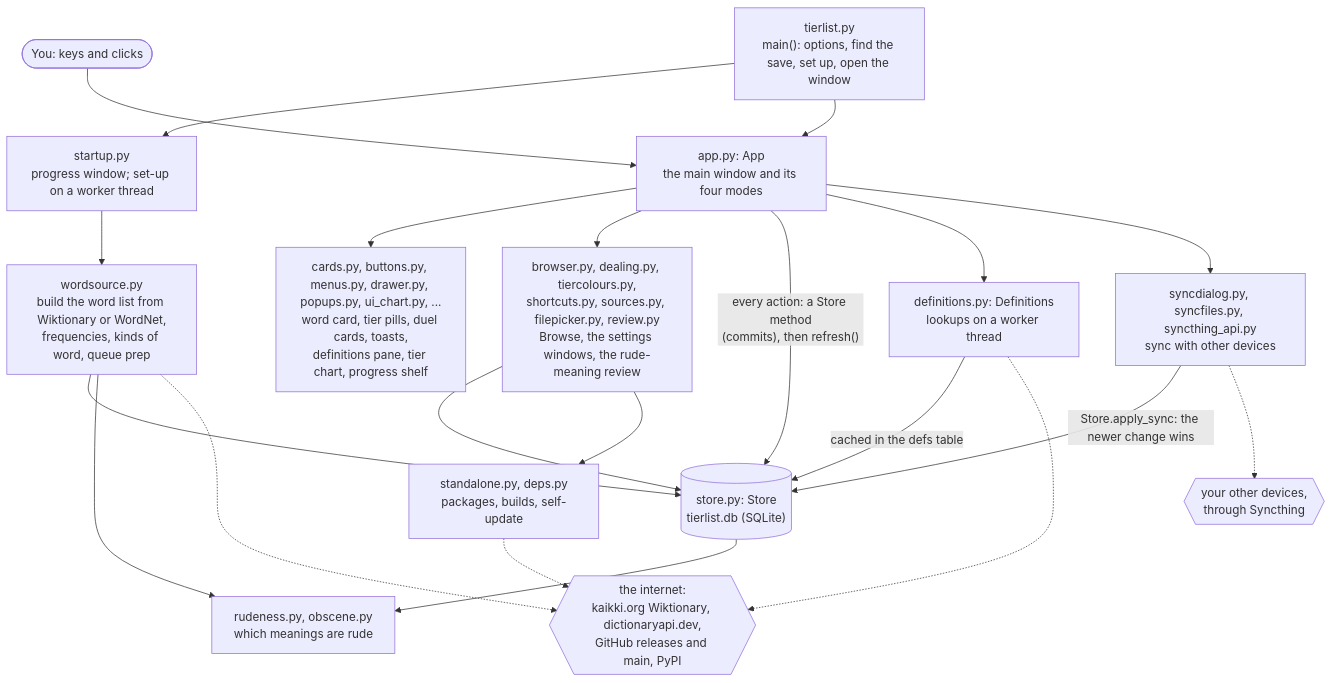
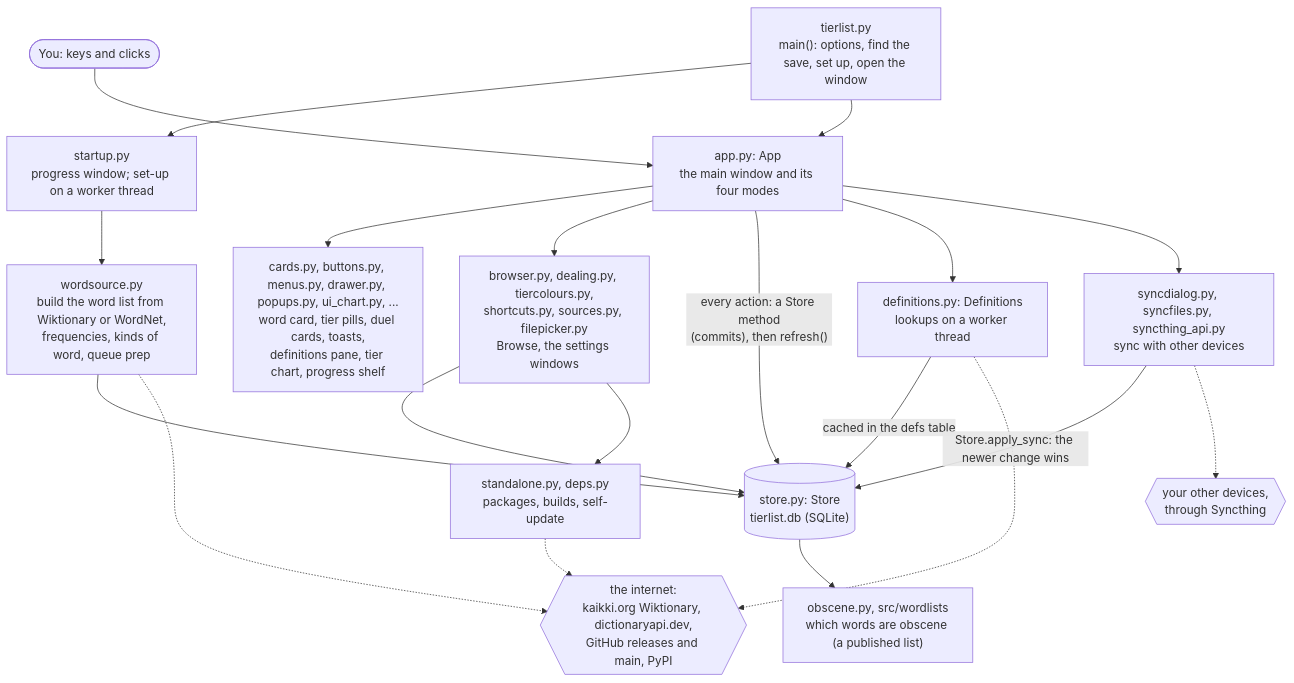
The first of 11 diagrams in DEVELOPERS.md (kiva-mccr/Word-Tierlister), drawn with Mermaid before and after one commit. The commit also changed other lines of this file and 82 other files, not shown here.

First line of the commit message:
OB-14: obscene words from one published list, rules archived

````diff
--- a/DEVELOPERS.md
+++ b/DEVELOPERS.md
@@ -33,36 +33,35 @@
 ```mermaid
 flowchart TB
     user([You: keys and clicks])
     main["tierlist.py<br/>main(): options, find the save, set up, open the window"]
     startup["startup.py<br/>progress window; set-up on a worker thread"]
     wordsource["wordsource.py<br/>build the word list from Wiktionary or WordNet,<br/>frequencies, kinds of word, queue prep"]
     app["app.py: App<br/>the main window and its four modes"]
     widgets["cards.py, buttons.py, menus.py, drawer.py, popups.py, ui_chart.py, ...<br/>word card, tier pills, duel cards, toasts,<br/>definitions pane, tier chart, progress shelf"]
-    dialogs["browser.py, dealing.py, tiercolours.py,<br/>shortcuts.py, sources.py, filepicker.py, review.py<br/>Browse, the settings windows, the rude-meaning review"]
+    dialogs["browser.py, dealing.py, tiercolours.py,<br/>shortcuts.py, sources.py, filepicker.py<br/>Browse, the settings windows"]
     sync["syncdialog.py, syncfiles.py, syncthing_api.py<br/>sync with other devices"]
     defs["definitions.py: Definitions<br/>lookups on a worker thread"]
     store[("store.py: Store<br/>tierlist.db (SQLite)")]
-    rude["rudeness.py, obscene.py<br/>which meanings are rude"]
+    rude["obscene.py, src/wordlists<br/>which words are obscene (a published list)"]
     standalone["standalone.py, deps.py<br/>packages, builds, self-update"]
     net{{"the internet:<br/>kaikki.org Wiktionary, dictionaryapi.dev,<br/>GitHub releases and main, PyPI"}}
     peers{{"your other devices,<br/>through Syncthing"}}
 
     user --> app
     main --> startup --> wordsource --> store
     main --> app
-    wordsource --> rude
     app --> widgets
     app --> dialogs
     app -- "every action: a Store method<br/>(commits), then refresh()" --> store
     dialogs --> store
     app --> defs
     defs -- "cached in the defs table" --> store
     defs -.-> net
     wordsource -.-> net
     standalone -.-> net
     dialogs --> standalone
     store --> rude
     app --> sync
     sync -- "Store.apply_sync: the newer change wins" --> store
     sync -.-> peers
 ```
````
